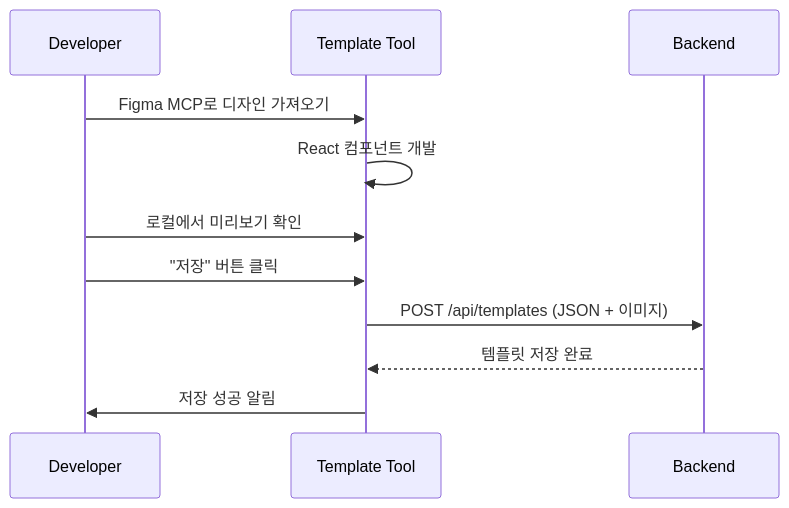
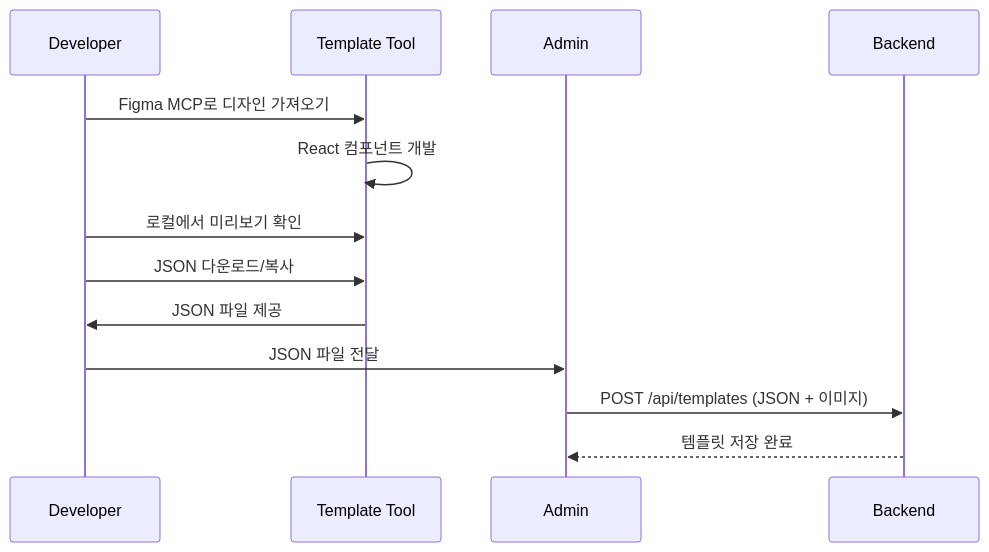
One commit to barunntechnicaloffice/envelope-card-animation changed the first of 3 diagrams in API_SPEC.md. Above: the diagram before and after it, drawn with Mermaid. The commit also changed other lines of this file and 14 other files, not shown here.

````diff
--- a/API_SPEC.md
+++ b/API_SPEC.md
@@ -478,10 +504,11 @@
 ```mermaid
 sequenceDiagram
     Developer->>Template Tool: Figma MCP로 디자인 가져오기
     Template Tool->>Template Tool: React 컴포넌트 개발
     Developer->>Template Tool: 로컬에서 미리보기 확인
-    Developer->>Template Tool: "저장" 버튼 클릭
-    Template Tool->>Backend: POST /api/templates (JSON + 이미지)
-    Backend-->>Template Tool: 템플릿 저장 완료
-    Template Tool->>Developer: 저장 성공 알림
+    Developer->>Template Tool: JSON 다운로드/복사
+    Template Tool->>Developer: JSON 파일 제공
+    Developer->>Admin: JSON 파일 전달
+    Admin->>Backend: POST /api/templates (JSON + 이미지)
+    Backend-->>Admin: 템플릿 저장 완료
 ```
````
